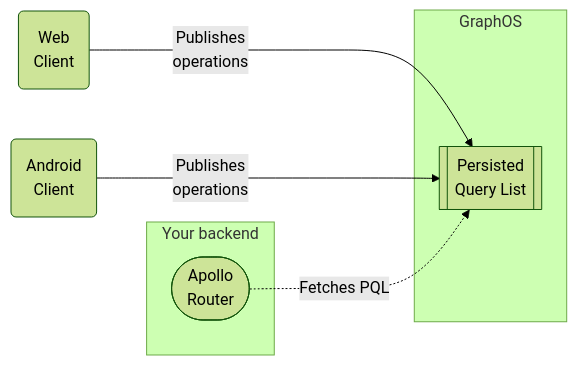
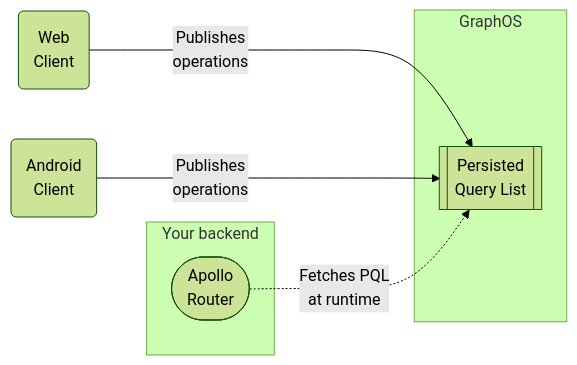
Before and after one commit to apollographql/docs: the diagram in src/content/graphos/basics/routing/persisted-queries.mdx, drawn with Mermaid (forest theme). The commit also changed other lines of this file, not shown here.

````diff
--- a/src/content/graphos/basics/routing/persisted-queries.mdx
+++ b/src/content/graphos/basics/routing/persisted-queries.mdx
@@ -16,18 +16,18 @@
 ```mermaid
 graph LR;
 
   webClient("Web<br/>Client");
   androidClient("Android<br/>Client");
 
 
   subgraph "GraphOS"
   pql[[Persisted<br/>Query List]];
   end
   
   subgraph "Your backend"
   router(["Apollo<br/>Router"]);
   end
 
   webClient & androidClient --->|Publishes<br/>operations|pql
-  router -.->|Fetches PQL|pql
+  router -.->|Fetches PQL<br/>at runtime|pql
 ```
````
